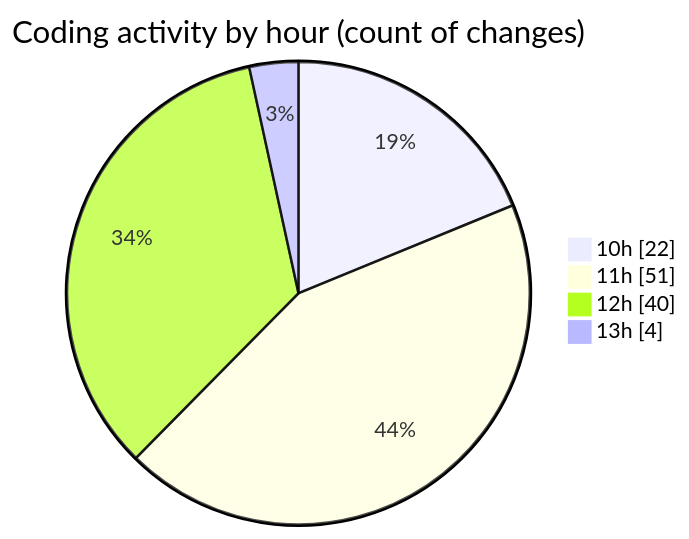
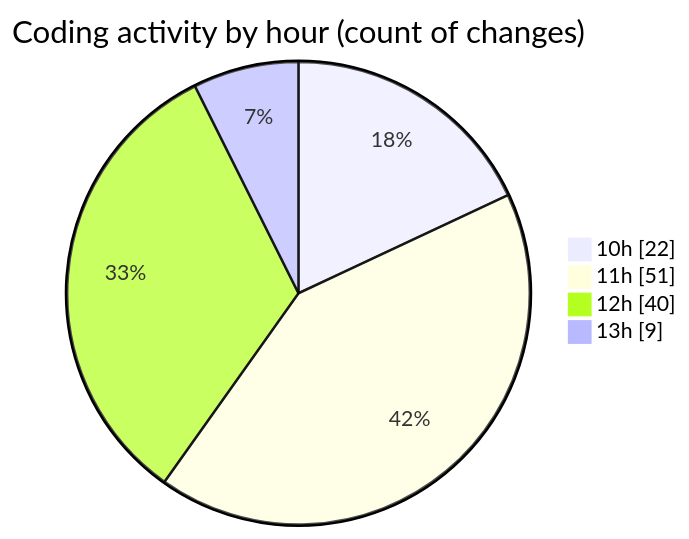
The second of 2 diagrams in 2025-04-29/cda/README.md (momahboobian/code-tracking), drawn with Mermaid before and after one commit. The commit also changed other lines of this file and 1 other file, not shown here.

````diff
--- a/2025-04-29/cda/README.md
+++ b/2025-04-29/cda/README.md
@@ -51,8 +51,8 @@
 ```mermaid
 pie showData
 title Coding activity by hour (count of changes)
 "10h" : 22
 "11h" : 51
 "12h" : 40
-"13h" : 4
+"13h" : 9
 ```
````
